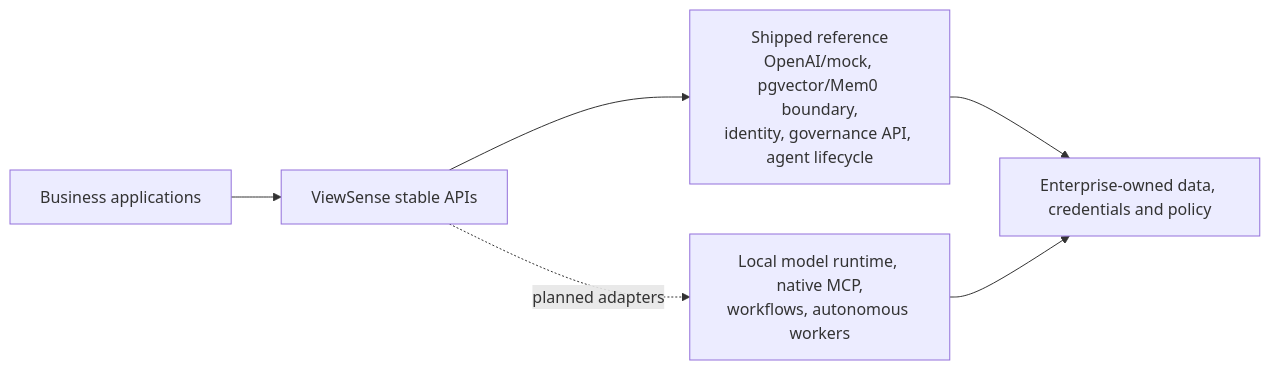
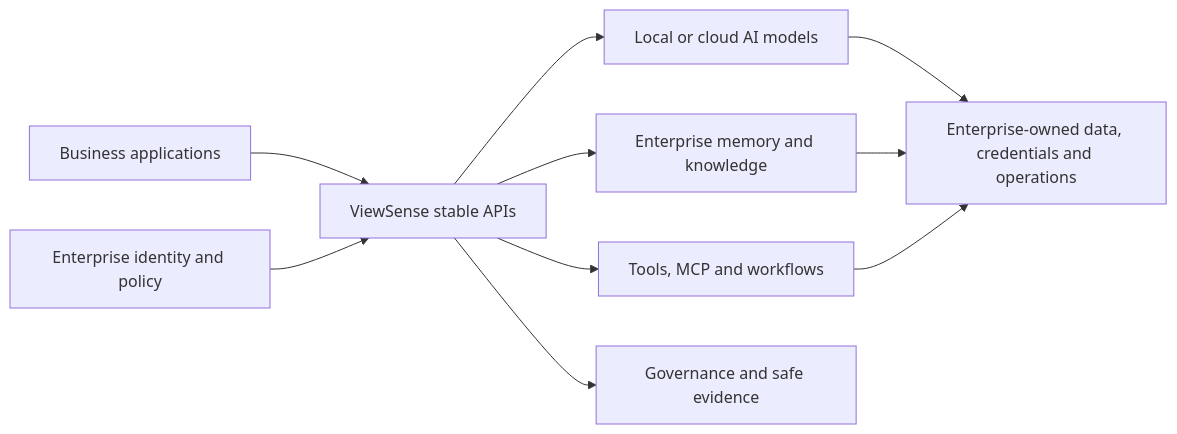
The diagram in README.md (diaryfolio/aiops-fabric), drawn with Mermaid before and after one commit. The commit also changed other lines of this file, not shown here.

````diff
--- a/README.md
+++ b/README.md
@@ -7,8 +7,10 @@
 ```mermaid
 flowchart LR
     Apps["Business applications"] --> ViewSense["ViewSense stable APIs"]
-    ViewSense --> Shipped["Shipped reference<br/>OpenAI/mock, pgvector/Mem0 boundary,<br/>identity, governance API, agent lifecycle"]
-    ViewSense -. "planned adapters" .-> Future["Local model runtime, native MCP,<br/>workflows, autonomous workers"]
-    Shipped --> Control["Enterprise-owned data, credentials and policy"]
-    Future --> Control
+    ViewSense --> Models["Local or cloud AI models"]
+    ViewSense --> Memory["Enterprise memory and knowledge"]
+    ViewSense --> Tools["Tools, MCP and workflows"]
+    Identity["Enterprise identity and policy"] --> ViewSense
+    ViewSense --> Evidence["Governance and safe evidence"]
+    Models & Memory & Tools --> Control["Enterprise-owned data, credentials and operations"]
 ```
````
